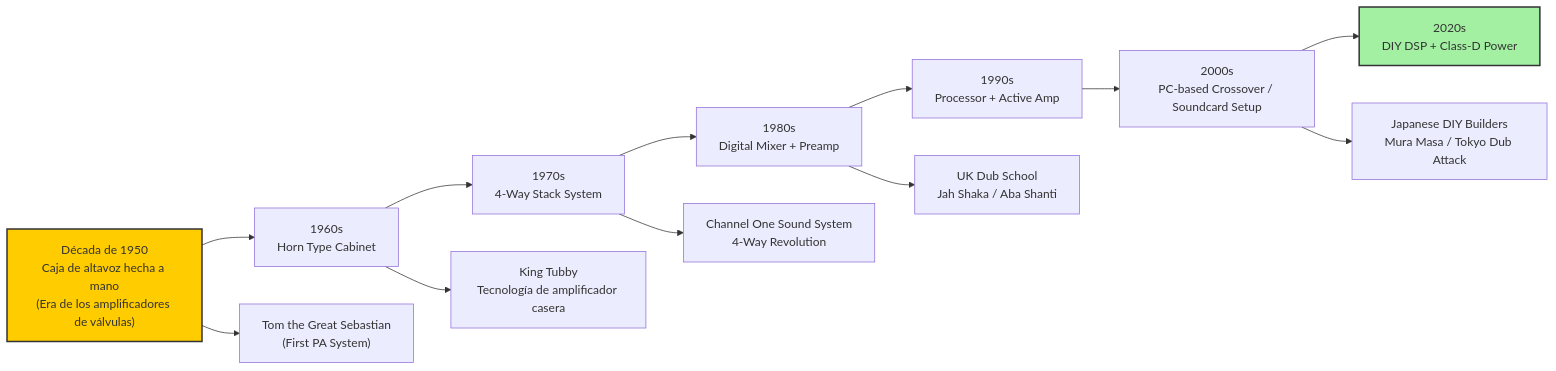
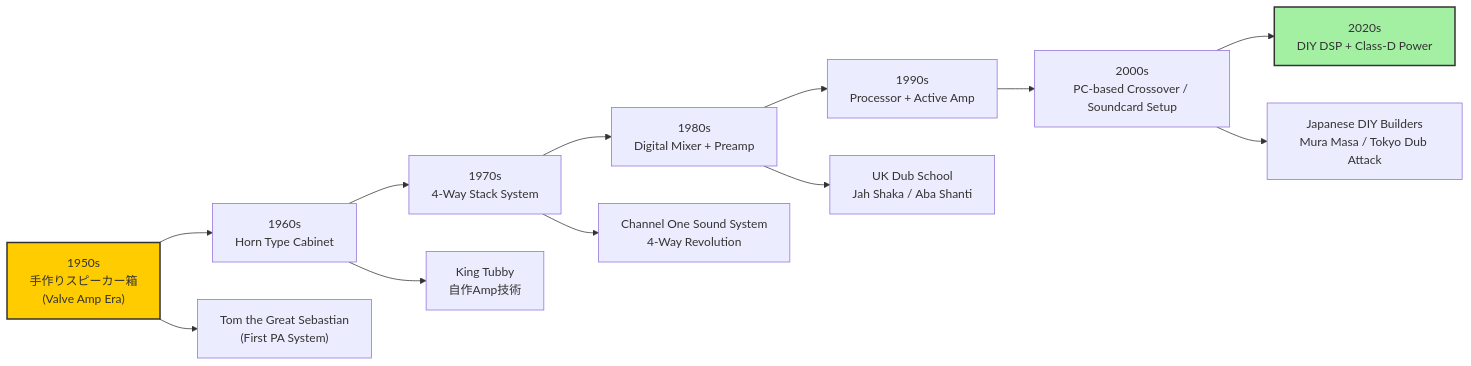
One commit to monumental-movement/monumental-movement.github.io changed the third of 4 diagrams in es/_posts/2025-11-05-column-dancehall.md. Above: the diagram before and after it, drawn with Mermaid. The commit also changed other lines of this file and 299 other files, not shown here.

```diff
--- a/es/_posts/2025-11-05-column-dancehall.md
+++ b/es/_posts/2025-11-05-column-dancehall.md
@@ -266,20 +266,20 @@
 <div class="mermaid">
 
 graph LR
-    A["Década de 1950<br/>Caja de altavoz hecha a mano<br/>(Era de los amplificadores de válvulas)"] --> B["1960s<br/>Horn Type Cabinet"]
+    A["1950s<br/>手作りスピーカー箱<br/>(Valve Amp Era)"] --> B["1960s<br/>Horn Type Cabinet"]
     B --> C["1970s<br/>4-Way Stack System"]
     C --> D["1980s<br/>Digital Mixer + Preamp"]
     D --> E["1990s<br/>Processor + Active Amp"]
     E --> F["2000s<br/>PC-based Crossover / Soundcard Setup"]
     F --> G["2020s<br/>DIY DSP + Class-D Power"]
 
     A --> AA["Tom the Great Sebastian<br/>(First PA System)"]
-    B --> AB["King Tubby<br/>Tecnología de amplificador casera"]
+    B --> AB["King Tubby<br/>自作Amp技術"]
     C --> AC["Channel One Sound System<br/>4-Way Revolution"]
     D --> AD["UK Dub School<br/>Jah Shaka / Aba Shanti"]
     F --> AE["Japanese DIY Builders<br/>Mura Masa / Tokyo Dub Attack"]
 
     style A fill:#ffcc00,stroke:#333,stroke-width:2px
     style G fill:#a3f0a3,stroke:#333,stroke-width:2px
 
 </div>
```
